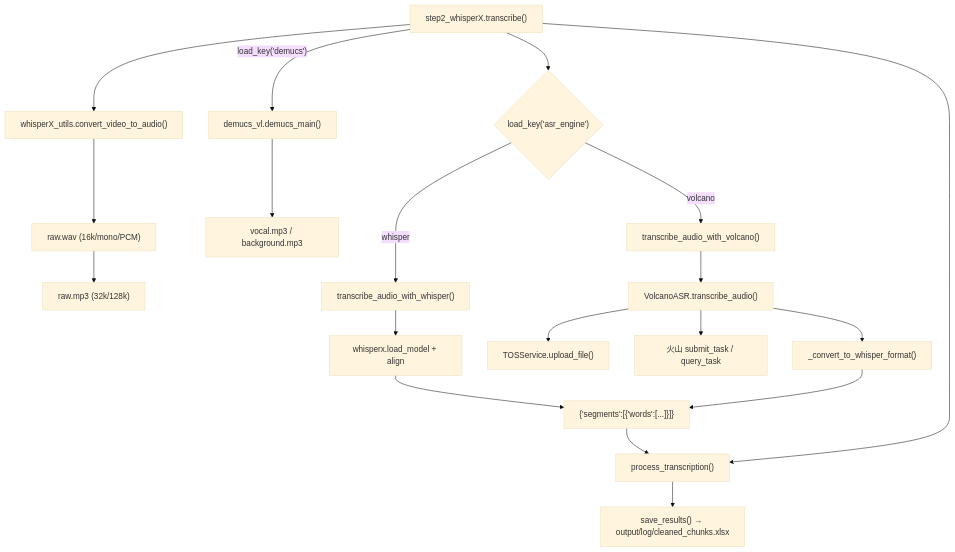
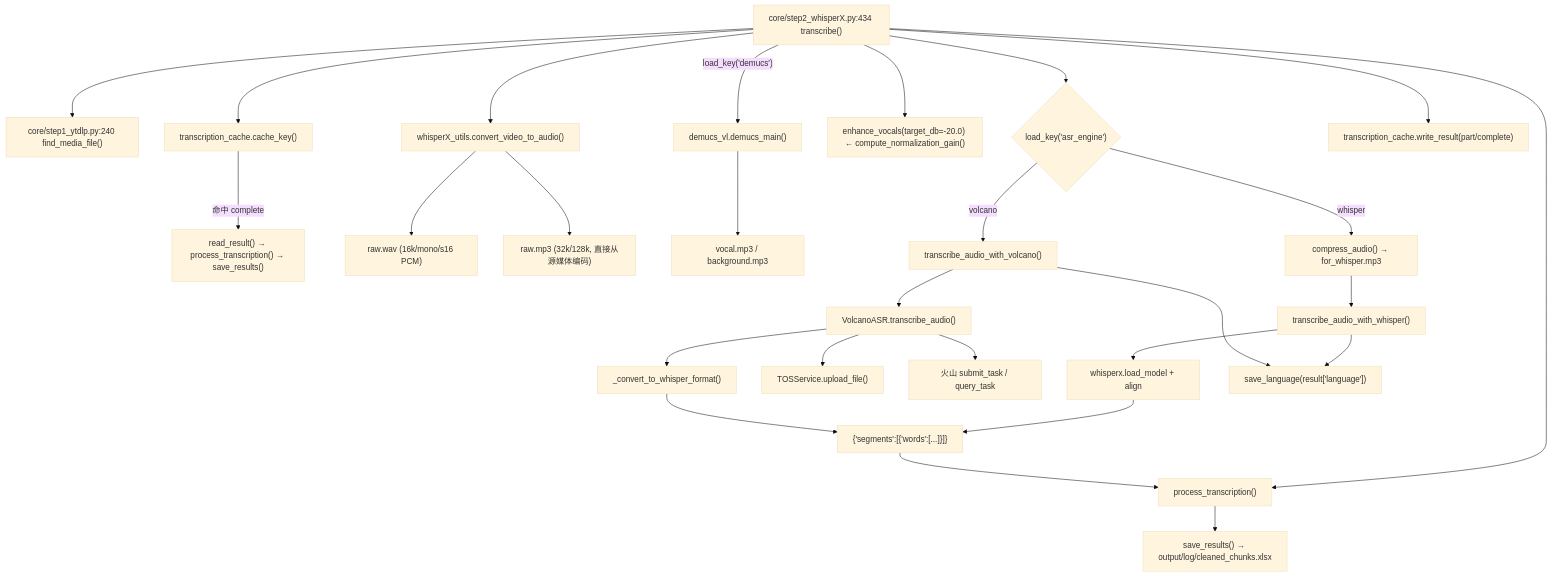
Before and after one commit to Brzjomo/VideoLingoMove: the diagram in devdocs/03-subsystems/03-ASR引擎适配层.md, drawn with Mermaid (base theme). The commit also changed other lines of this file and 30 other files, not shown here.

````diff
--- a/devdocs/03-subsystems/03-ASR引擎适配层.md
+++ b/devdocs/03-subsystems/03-ASR引擎适配层.md
@@ -49,21 +51,29 @@
 ```mermaid
 flowchart TD
-    T["step2_whisperX.transcribe()"] --> CV["whisperX_utils.convert_video_to_audio()"]
-    CV --> RAW["raw.wav (16k/mono/PCM)"]
-    RAW --> RAWMP3["raw.mp3 (32k/128k)"]
+    T["core/step2_whisperX.py:434 transcribe()"] --> FMF["core/step1_ytdlp.py:240 find_media_file()"]
+    T --> CK["transcription_cache.cache_key()"]
+    CK -->|"命中 complete"| HIT["read_result() → process_transcription() → save_results()"]
+    T --> CV["whisperX_utils.convert_video_to_audio()"]
+    CV --> RAW["raw.wav (16k/mono/s16 PCM)"]
+    CV --> RAWMP3["raw.mp3 (32k/128k, 直接从源媒体编码)"]
     T -->|"load_key('demucs')"| DM["demucs_vl.demucs_main()"]
     DM --> VOC["vocal.mp3 / background.mp3"]
+    T --> EV["enhance_vocals(target_db=-20.0) ← compute_normalization_gain()"]
     T --> ENG{"load_key('asr_engine')"}
-    ENG -->|"whisper"| CW["transcribe_audio_with_whisper()"]
+    ENG -->|"whisper"| CA["compress_audio() → for_whisper.mp3"]
+    CA --> CW["transcribe_audio_with_whisper()"]
     ENG -->|"volcano"| CVO["transcribe_audio_with_volcano()"]
     CW --> WX["whisperx.load_model + align"]
     CVO --> VA["VolcanoASR.transcribe_audio()"]
     VA --> TOS["TOSService.upload_file()"]
     VA --> API["火山 submit_task / query_task"]
     WX --> RES["{'segments':[{'words':[...]}]}"]
     VA --> CONV["_convert_to_whisper_format()"]
     CONV --> RES
+    CW --> SL["save_language(result['language'])"]
+    CVO --> SL
+    T --> WRC["transcription_cache.write_result(part/complete)"]
     T --> PT["process_transcription()"]
     RES --> PT
     PT --> SR["save_results() → output/log/cleaned_chunks.xlsx"]
 ```
````
